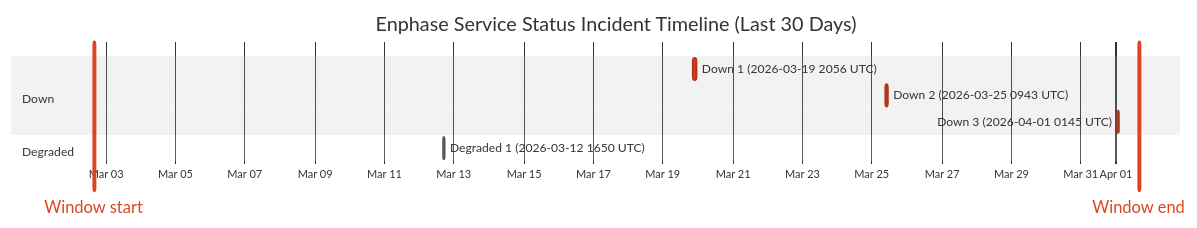
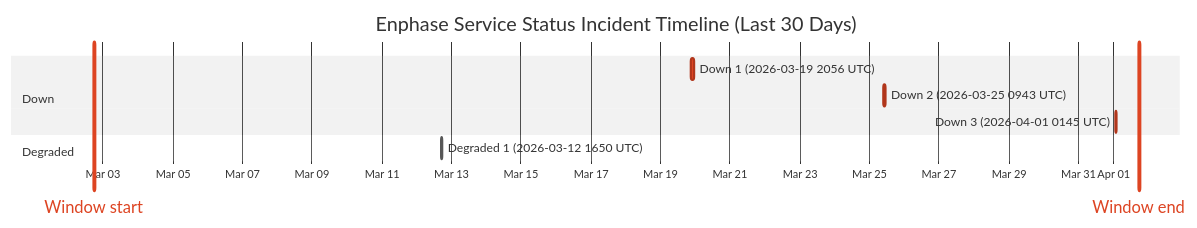
One commit to barneyonline/ha-enphase-ev-charger changed the diagram in wiki/Service-Status-History.md. Above: the diagram before and after it, drawn with Mermaid (neutral theme). The commit also changed other lines of this file and 3 other files, not shown here.

````diff
--- a/wiki/Service-Status-History.md
+++ b/wiki/Service-Status-History.md
@@ -14,14 +14,14 @@
 ```mermaid
 gantt
     title Enphase Service Status Incident Timeline (Last 30 Days)
     dateFormat  YYYY-MM-DDTHH:mm:ss
     axisFormat  %b %d
-    Window start :vert, window-start, 2026-03-02T16:01:36, 0ms
-    Window end :vert, window-end, 2026-04-01T16:01:36, 0ms
+    Window start :vert, window-start, 2026-03-02T17:42:13, 0ms
+    Window end :vert, window-end, 2026-04-01T17:42:13, 0ms
     section Down
     Down 1 (2026-03-19 2056 UTC) :crit, down-1, 2026-03-19T20:56:20, 145m
     Down 2 (2026-03-25 0943 UTC) :crit, down-2, 2026-03-25T09:43:28, 111m
     Down 3 (2026-04-01 0145 UTC) :crit, down-3, 2026-04-01T01:45:09, 60m
     section Degraded
     Degraded 1 (2026-03-12 1650 UTC) :active, degraded-1, 2026-03-12T16:50:43, 60m
 ```
````
